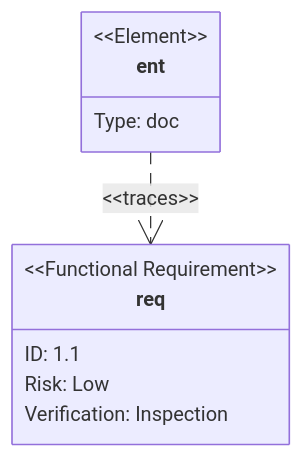
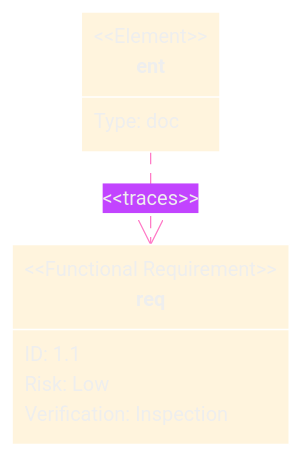
Before and after one commit to bsamiee/Rasm: the fourth of 25 diagrams in .claude/skills/mermaid-diagramming/references/syntax-extended.md, drawn with Mermaid. The commit also changed other lines of this file and 55 other files, not shown here.

````diff
--- a/.claude/skills/mermaid-diagramming/references/syntax-extended.md
+++ b/.claude/skills/mermaid-diagramming/references/syntax-extended.md
@@ -98,13 +107,26 @@
 ```mermaid
+---
+config:
+  theme: base
+  themeVariables:
+    darkMode: true
+    textColor: "#F8F8F2"
+    requirementBackground: "#44475A"
+    requirementBorderColor: "#BD93F9"
+    requirementTextColor: "#F8F8F2"
+    relationColor: "#FF79C6"
+    relationLabelColor: "#F8F8F2"
+    relationLabelBackground: "#282A36"
+---
 requirementDiagram
   functionalRequirement req {
     id: 1.1
     risk: Low
     verifymethod: Inspection
   }
   element ent {
     type: doc
   }
   ent - satisfies -> req
   req <- traces - ent
 ```
````
